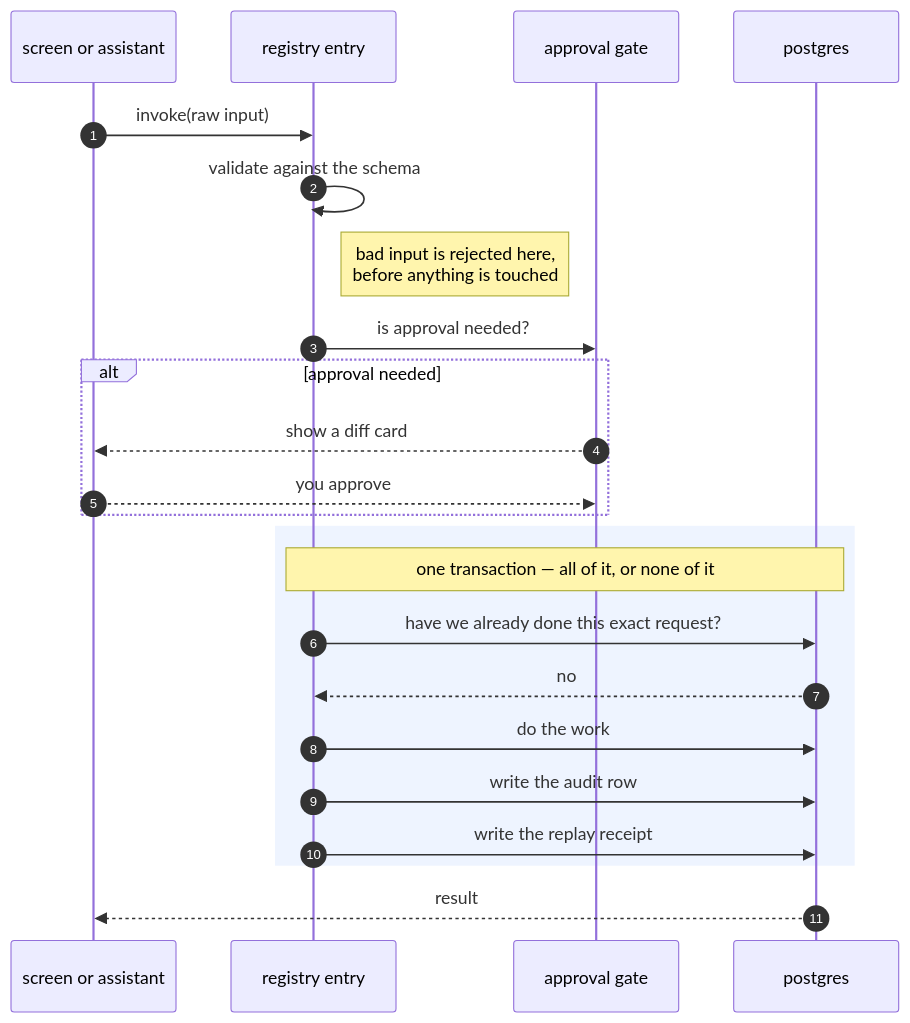
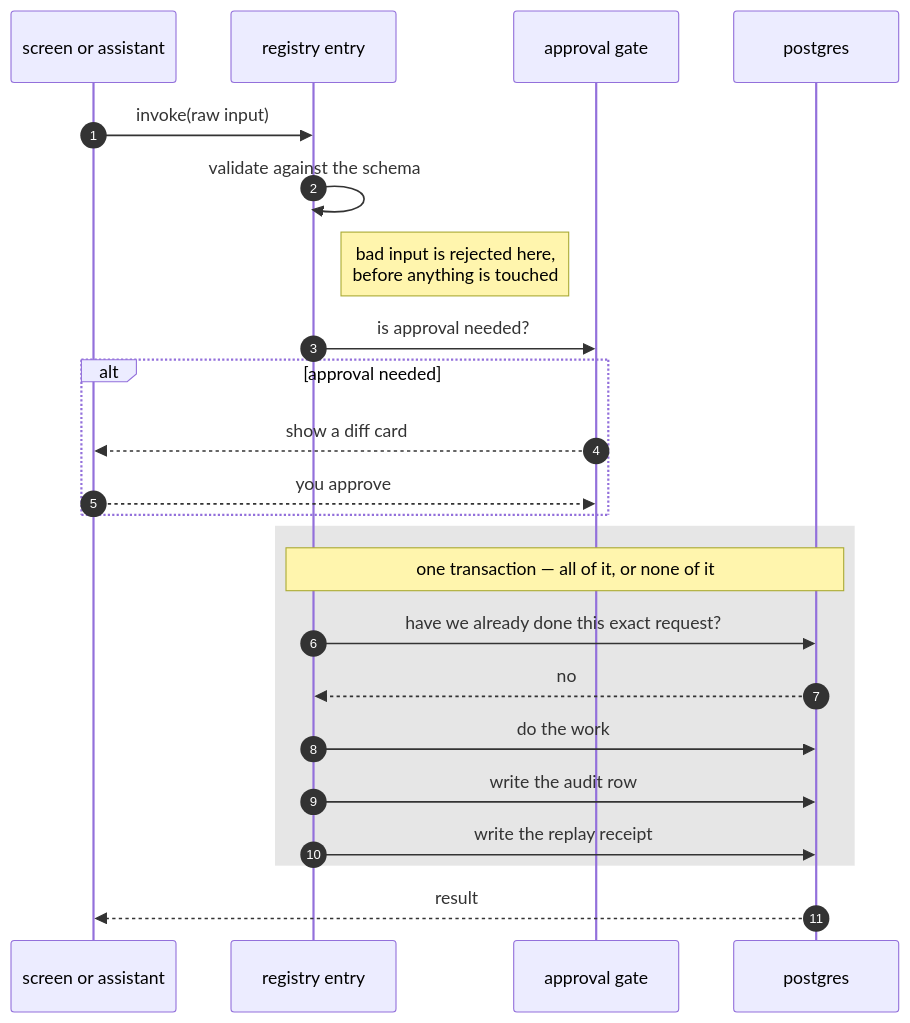
Before and after one commit to VoltLightning/waltning: the first of 2 diagrams in docs/wiki/The-Operation-Registry.md, drawn with Mermaid. The commit also changed 5 other files, not shown here.

````diff
--- a/docs/wiki/The-Operation-Registry.md
+++ b/docs/wiki/The-Operation-Registry.md
@@ -54,28 +54,28 @@
 ```mermaid
 sequenceDiagram
     autonumber
     participant C as screen or assistant
     participant R as registry entry
     participant G as approval gate
     participant DB as postgres
 
     C->>R: invoke(raw input)
     R->>R: validate against the schema
     Note right of R: bad input is rejected here,<br/>before anything is touched
 
     R->>G: is approval needed?
     alt approval needed
         G-->>C: show a diff card
         C-->>G: you approve
     end
 
-    rect rgb(238,244,255)
+    rect rgba(128,128,128,0.2)
         Note over R,DB: one transaction — all of it, or none of it
         R->>DB: have we already done this exact request?
         DB-->>R: no
         R->>DB: do the work
         R->>DB: write the audit row
         R->>DB: write the replay receipt
     end
     DB-->>C: result
 ```
````
